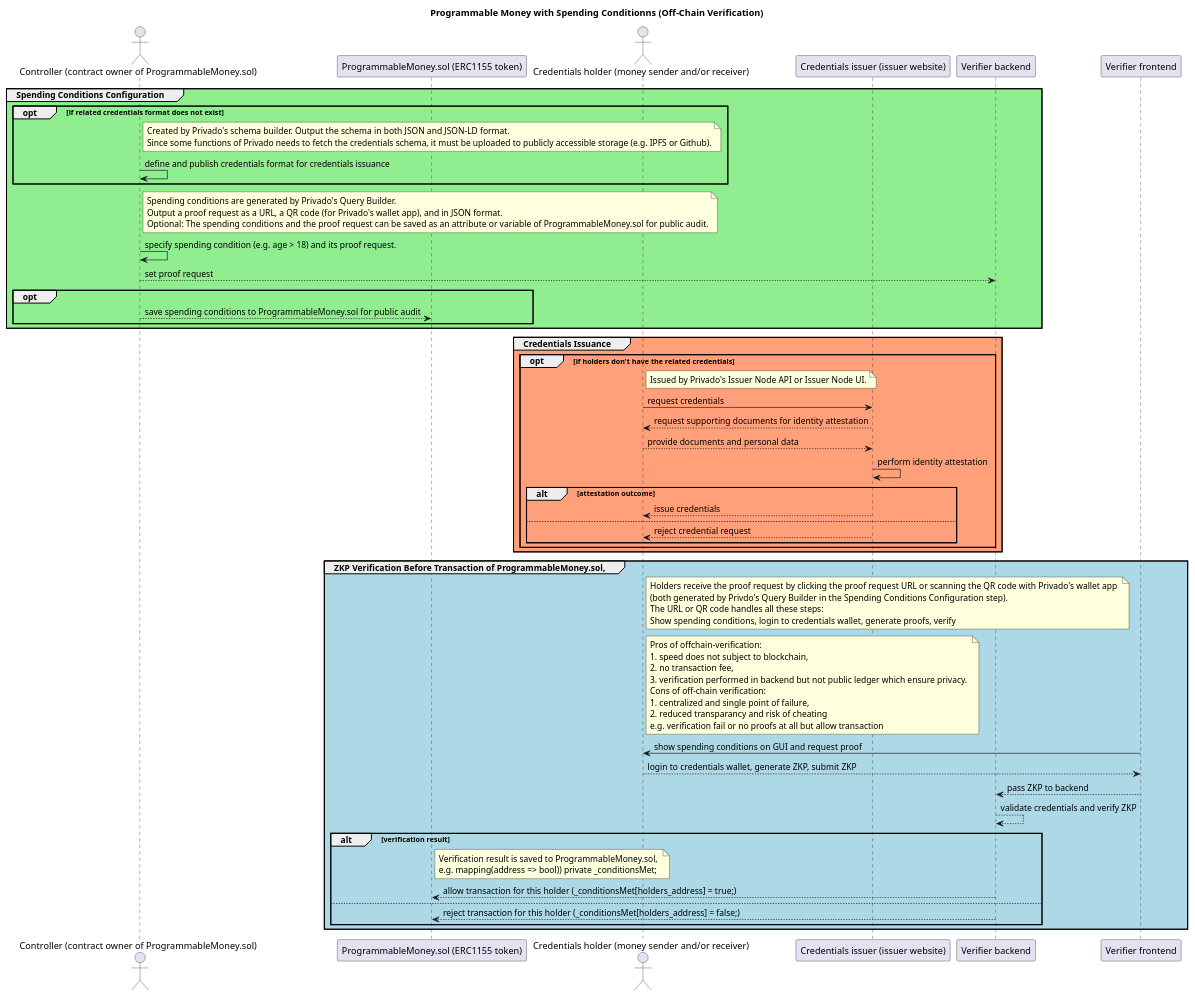
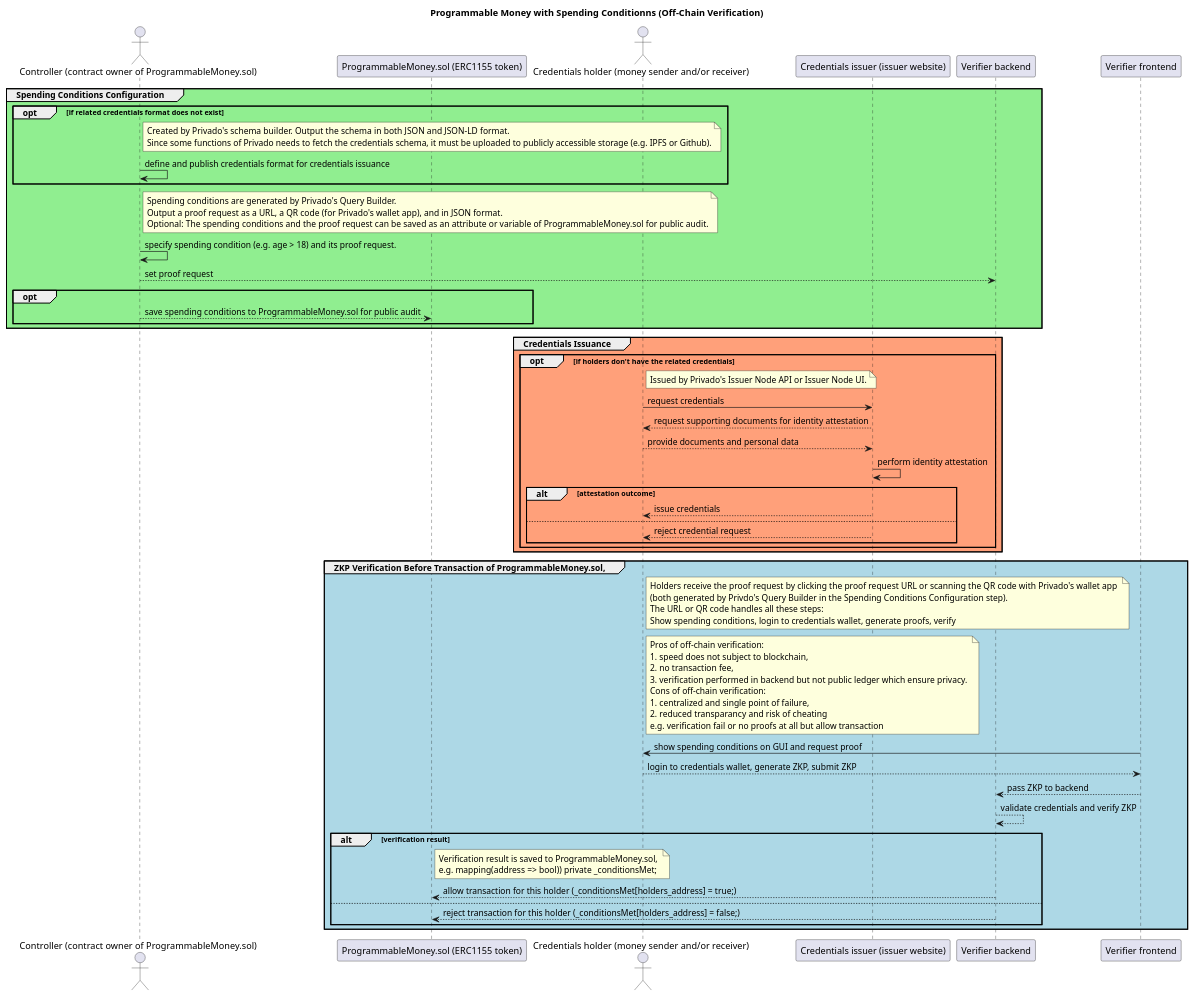
One commit to joeywwong/pm-zkp changed the diagram in docs/sequence_diagram_offchain.puml. Above: the diagram before and after it, drawn with PlantUML.

Commit message:
docs: fix a typo

```diff
--- a/docs/sequence_diagram_offchain.puml
+++ b/docs/sequence_diagram_offchain.puml
@@ -1,64 +1,64 @@
 @startuml
 title Programmable Money with Spending Conditionns (Off-Chain Verification)
 actor "Controller (contract owner of ProgrammableMoney.sol)" as Controller
 participant "ProgrammableMoney.sol (ERC1155 token)" as Money
 actor "Credentials holder (money sender and/or receiver)" as User
 participant "Credentials issuer (issuer website)" as Issuer
 participant "Verifier backend" as Verifier
 participant "Verifier frontend" as VerifierFrontend
 ' participant "Blockchain" as Blockchain
 
 ' --- Configure spending conditions of the money ---
 group #lightgreen Spending Conditions Configuration
     opt if related credentials format does not exist
         note right of Controller: Created by Privado's schema builder. Output the schema in both JSON and JSON-LD format. \nSince some functions of Privado needs to fetch the credentials schema, it must be uploaded to publicly accessible storage (e.g. IPFS or Github).
         Controller -> Controller: define and publish credentials format for credentials issuance
     end
     note right of Controller: Spending conditions are generated by Privado's Query Builder.\nOutput a proof request as a URL, a QR code (for Privado's wallet app), and in JSON format.\nOptional: The spending conditions and the proof request can be saved as an attribute or variable of ProgrammableMoney.sol for public audit.
     ' https://tools.privado.id/query-builder
     Controller -> Controller: specify spending condition (e.g. age > 18) and its proof request.
     Controller --> Verifier: set proof request
     opt
         Controller --> Money: save spending conditions to ProgrammableMoney.sol for public audit
     end
 
 end
 
 group #lightsalmon Credentials Issuance
     opt if holders don't have the related credentials
         ' --- Credential Request and Issuance Phase ---
         note right of User: Issued by Privado's Issuer Node API or Issuer Node UI.
         ' https://docs.privado.id/docs/category/issuer-node-api
         ' https://docs.privado.id/docs/category/issuer-node-ui
         ' Demo: https://issuer-demo.privado.id/
         User -> Issuer: request credentials
         Issuer --> User: request supporting documents for identity attestation
         User --> Issuer: provide documents and personal data
         Issuer -> Issuer: perform identity attestation
         alt attestation outcome
             Issuer --> User: issue credentials
         else
             Issuer --> User: reject credential request
         end
     end
 end
 
 ' --- Transaction Phase ---
 group #lightblue ZKP Verification Before Transaction of ProgrammableMoney.sol, 
     note right of User: Holders receive the proof request by clicking the proof request URL or scanning the QR code with Privado's wallet app \n(both generated by Privdo's Query Builder in the Spending Conditions Configuration step).\nThe URL or QR code handles all these steps:\nShow spending conditions, login to credentials wallet, generate proofs, verify
-    note right of User: Pros of offchain-verification:\n1. speed does not subject to blockchain,\n2. no transaction fee,\n3. verification performed in backend but not public ledger which ensure privacy. \nCons of off-chain verification:\n1. centralized and single point of failure,\n2. reduced transparancy and risk of cheating\ne.g. verification fail or no proofs at all but allow transaction
+    note right of User: Pros of off-chain verification:\n1. speed does not subject to blockchain,\n2. no transaction fee,\n3. verification performed in backend but not public ledger which ensure privacy. \nCons of off-chain verification:\n1. centralized and single point of failure,\n2. reduced transparancy and risk of cheating\ne.g. verification fail or no proofs at all but allow transaction
     VerifierFrontend -> User: show spending conditions on GUI and request proof
     User --> VerifierFrontend: login to credentials wallet, generate ZKP, submit ZKP
 
     ' --- Proof Verification and Decision ---
     VerifierFrontend --> Verifier: pass ZKP to backend
     Verifier --> Verifier: validate credentials and verify ZKP
     alt verification result
     note right of Money: Verification result is saved to ProgrammableMoney.sol, \ne.g. mapping(address => bool)) private _conditionsMet;
         Verifier --> Money: allow transaction for this holder (_conditionsMet[holders_address] = true;)
     else
         Verifier --> Money: reject transaction for this holder (_conditionsMet[holders_address] = false;)
     end
 end
 
 @enduml
```
